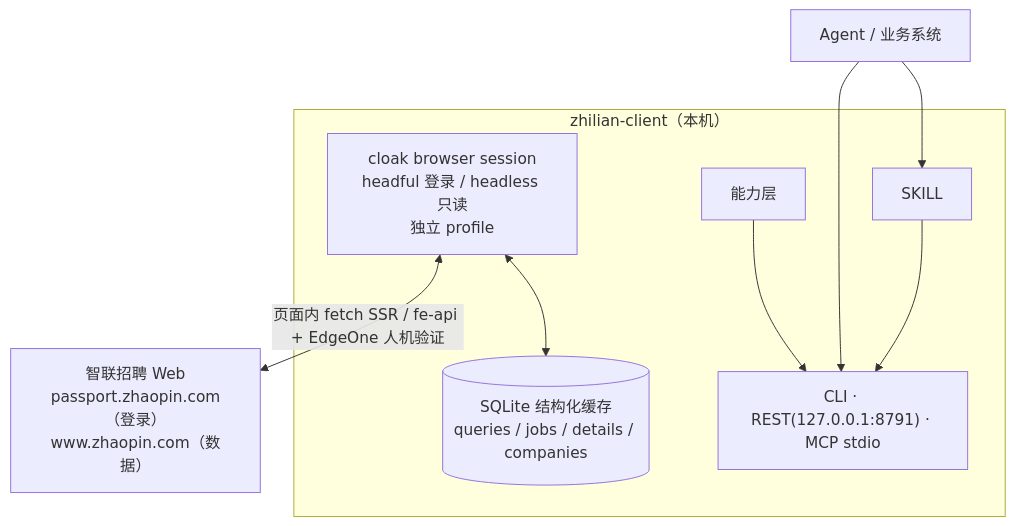
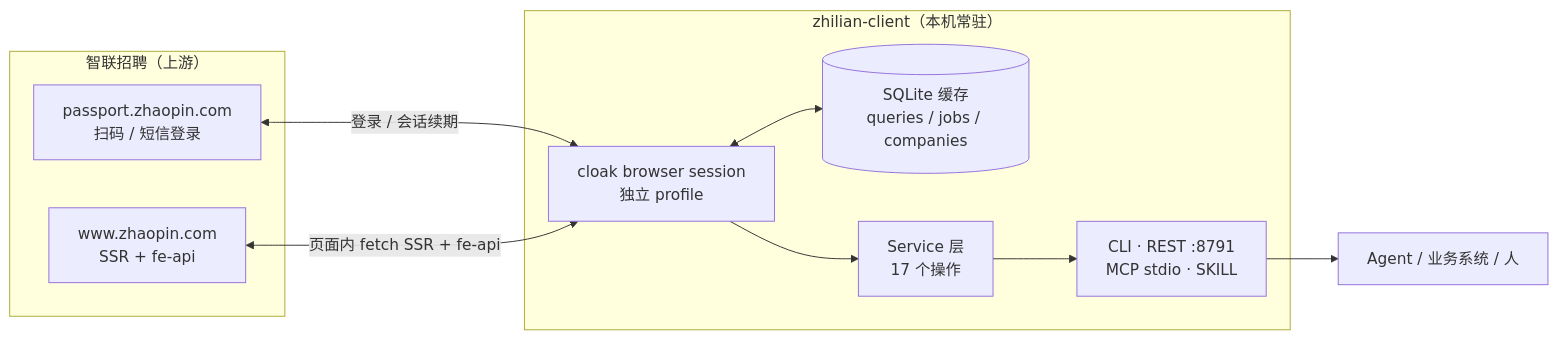
Before and after one commit to CindyRIng/zhilian-client: the diagram in README.md, drawn with Mermaid. The commit also changed other lines of this file and 19 other files, not shown here.

Commit message:
docs: README 与文档视觉化改版——生成 Banner/Logo/架构插画/社交预览，接入真实 REST 文档截图，补齐文档封面与 TOC，版本对齐 v0.1.1

````diff
--- a/README.md
+++ b/README.md
@@ -41,17 +57,20 @@
 ```mermaid
-flowchart TB
-  W["智联招聘 Web<br/>passport.zhaopin.com（登录）<br/>www.zhaopin.com（数据）"]
-  subgraph ZC["zhilian-client（本机）"]
-    CB["cloak browser session<br/>headful 登录 / headless 只读<br/>独立 profile"]
-    LC[("SQLite 结构化缓存<br/>queries / jobs / details / companies")]
-    CAP["能力层"]
-    IF["CLI · REST(127.0.0.1:8791) · MCP stdio"]
-    SK["SKILL"]
-    CB <--> LC
-    CAP --> IF
-    SK --> IF
+flowchart LR
+  subgraph UP["智联招聘（上游）"]
+    P["passport.zhaopin.com<br/>扫码 / 短信登录"]
+    W["www.zhaopin.com<br/>SSR + fe-api"]
   end
-  CB <-->|"页面内 fetch SSR / fe-api + EdgeOne 人机验证"| W
-  AG["Agent / 业务系统"] --> SK
-  AG --> IF
+  subgraph LOCAL["zhilian-client（本机常驻）"]
+    B["cloak browser session<br/>独立 profile"]
+    C[("SQLite 缓存<br/>queries / jobs / companies")]
+    S["Service 层<br/>17 个操作"]
+    A["CLI · REST :8791<br/>MCP stdio · SKILL"]
+  end
+  U["Agent / 业务系统 / 人"]
+  P <-->|"登录 / 会话续期"| B
+  W <-->|"页面内 fetch SSR + fe-api"| B
+  B <--> C
+  B --> S
+  S --> A
+  A --> U
 ```
````
